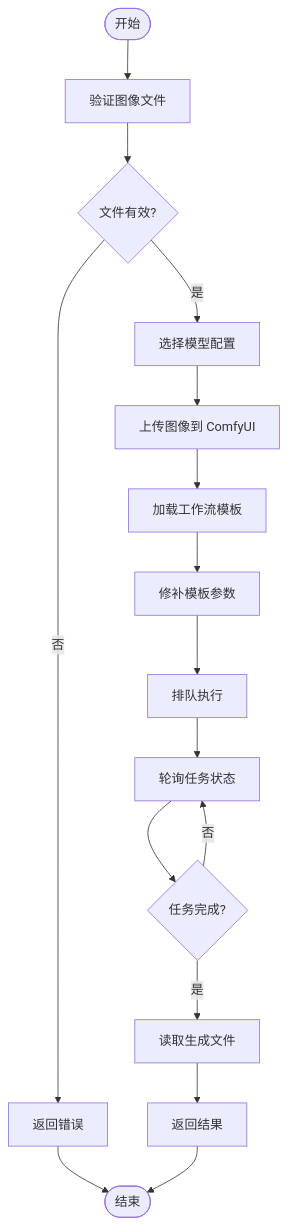
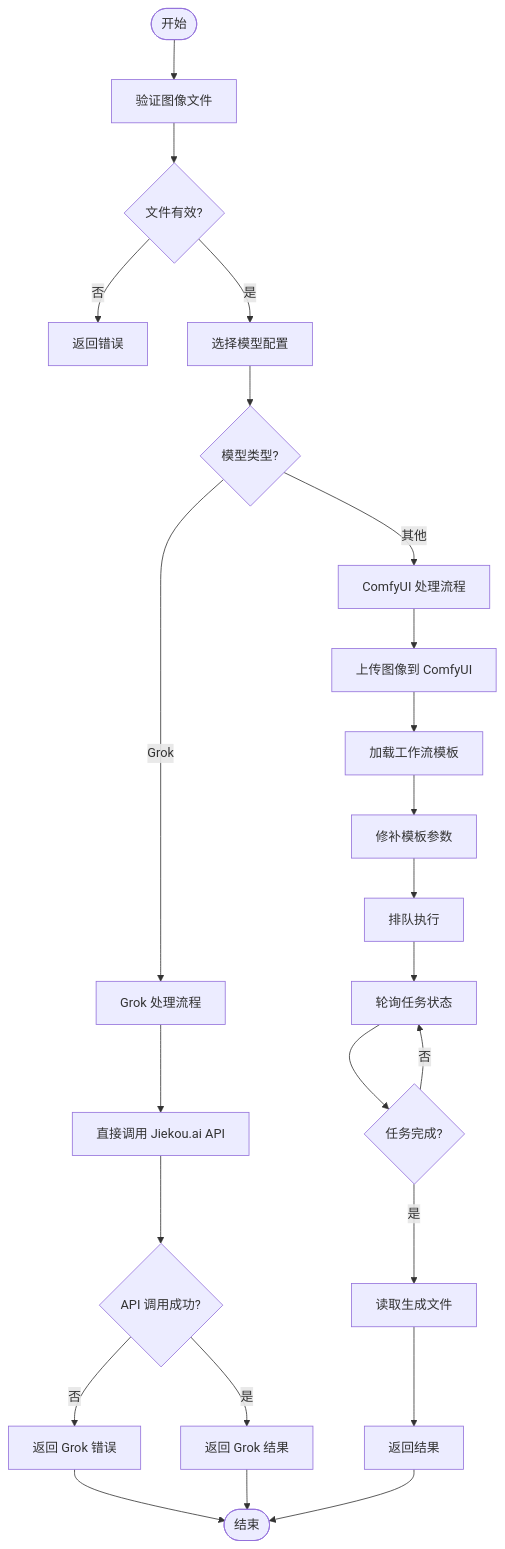
One commit to billye220670/CorineKit_Pix2Real changed the fourth of 4 diagrams in .qoder/repowiki/zh/content/API 参考文档/工作流 API/专业功能 API/提示词反推 API.md. Above: the diagram before and after it, drawn with Mermaid. The commit also changed other lines of this file and 54 other files, not shown here.

First line of the commit message:
feat: 模型下拉菜单元数据管理（缩略图+重命名）及session mask恢复优化

````diff
--- a/.qoder/repowiki/zh/content/API 参考文档/工作流 API/专业功能 API/提示词反推 API.md
+++ b/.qoder/repowiki/zh/content/API 参考文档/工作流 API/专业功能 API/提示词反推 API.md
@@ -262,18 +321,26 @@
 ```mermaid
 flowchart TD
 Start([开始]) --> Validate[验证图像文件]
 Validate --> Valid{文件有效?}
 Valid --> |否| Error[返回错误]
 Valid --> |是| SelectModel[选择模型配置]
-SelectModel --> Upload[上传图像到 ComfyUI]
+SelectModel --> CheckModel{模型类型?}
+CheckModel --> |Grok| GrokFlow[Grok 处理流程]
+CheckModel --> |其他| ComfyUIFlow[ComfyUI 处理流程]
+GrokFlow --> DirectAPI[直接调用 Jiekou.ai API]
+DirectAPI --> GrokSuccess{API 调用成功?}
+GrokSuccess --> |否| GrokError[返回 Grok 错误]
+GrokSuccess --> |是| GrokReturn[返回 Grok 结果]
+ComfyUIFlow --> Upload[上传图像到 ComfyUI]
 Upload --> LoadTemplate[加载工作流模板]
 LoadTemplate --> PatchTemplate[修补模板参数]
 PatchTemplate --> Queue[排队执行]
 Queue --> Poll[轮询任务状态]
 Poll --> Complete{任务完成?}
 Complete --> |否| Poll
 Complete --> |是| ReadFile[读取生成文件]
 ReadFile --> Return[返回结果]
-Error --> End([结束])
+GrokError --> End([结束])
+GrokReturn --> End
 Return --> End
 ```
````
